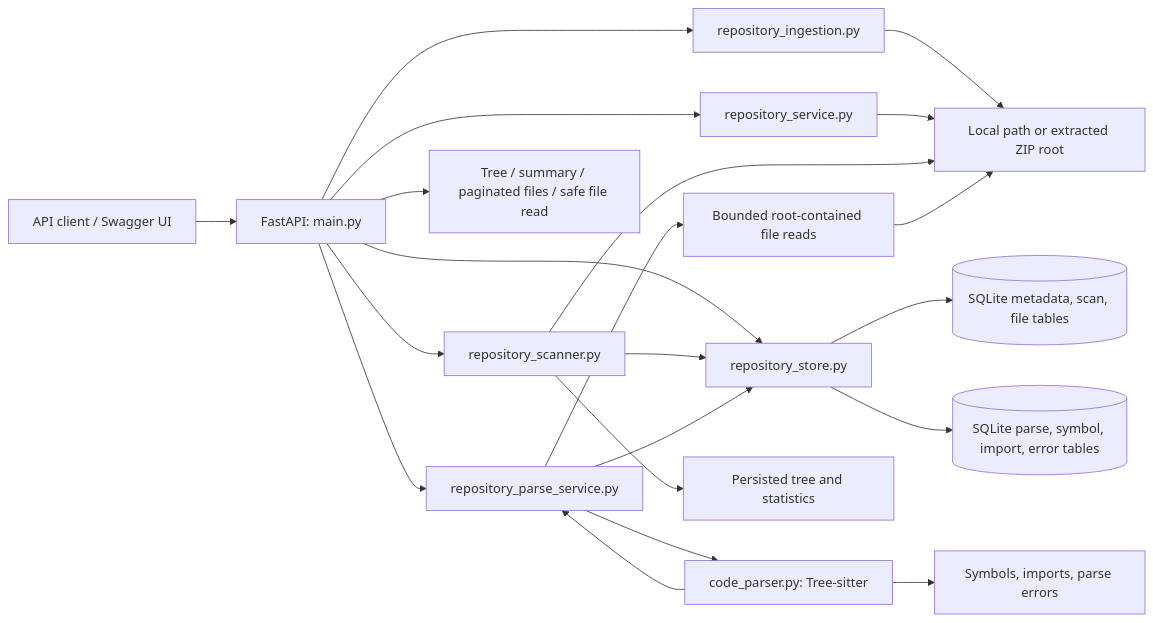
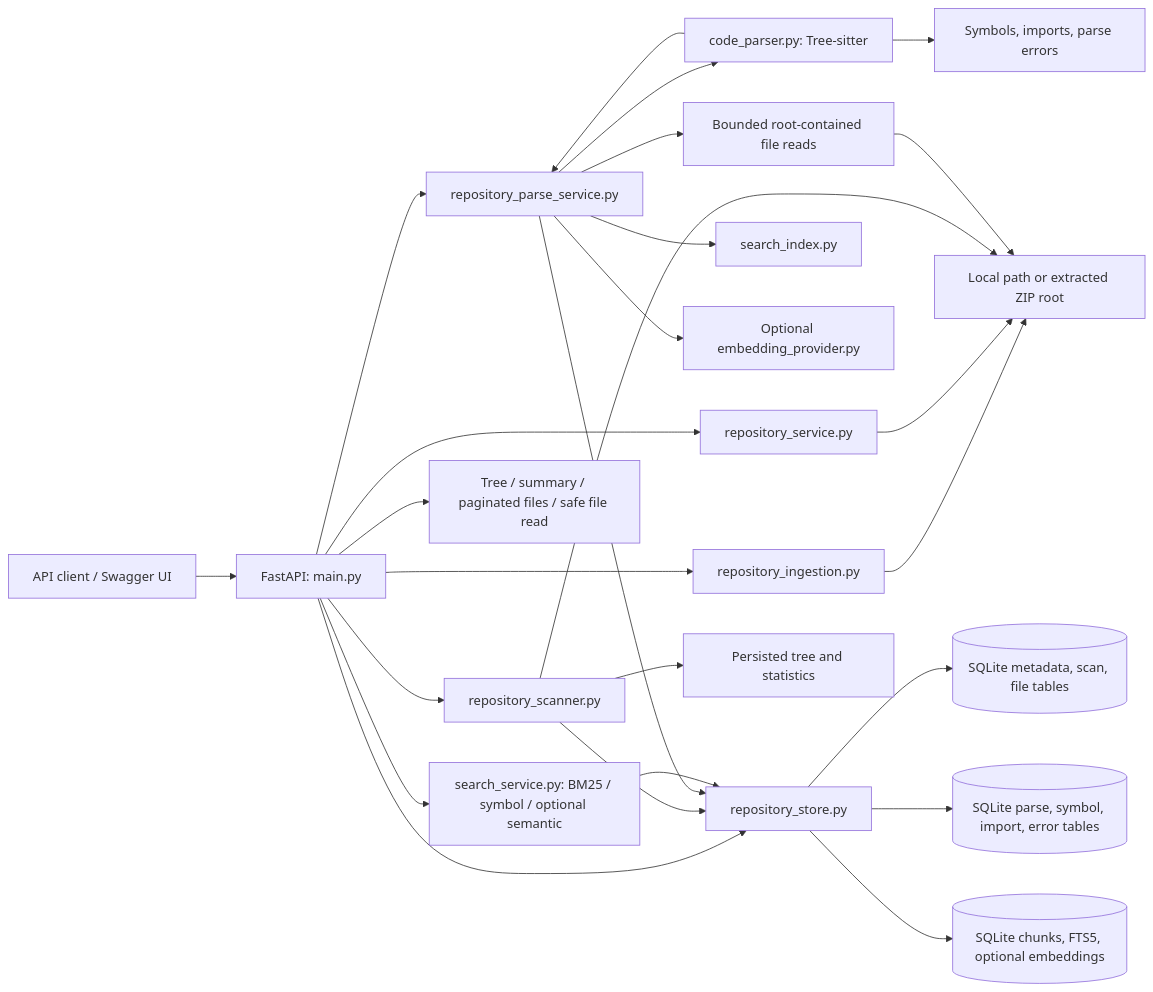
One commit to arpitvce/HFT26-TEAM-15 changed the diagram in ARCH.md. Above: the diagram before and after it, drawn with Mermaid. The commit also changed other lines of this file and 12 other files, not shown here.

Commit message:
feat(search): add hybrid retrieval with freshness validation

````diff
--- a/ARCH.md
+++ b/ARCH.md
@@ -7,23 +7,28 @@
 ```mermaid
 flowchart LR
     Client[API client / Swagger UI] --> API[FastAPI: main.py]
     API --> Ingest[repository_ingestion.py]
     API --> Scanner[repository_scanner.py]
     API --> ParseService[repository_parse_service.py]
     ParseService --> Parser[code_parser.py: Tree-sitter]
     API --> Store[repository_store.py]
+    ParseService --> Chunker[search_index.py]
+    ParseService --> Embeddings[Optional embedding_provider.py]
     API --> Git[repository_service.py]
     Ingest --> Root[Local path or extracted ZIP root]
     Git --> Root
     Scanner --> Root
     Scanner --> Store
     ParseService --> SafeRead[Bounded root-contained file reads]
     SafeRead --> Root
     Parser --> ParseService
     ParseService --> Store
     Store --> DB[(SQLite metadata, scan, file tables)]
     Store --> ParseDB[(SQLite parse, symbol, import, error tables)]
+    Store --> SearchDB[(SQLite chunks, FTS5, optional embeddings)]
     Scanner --> Tree[Persisted tree and statistics]
     Parser --> Symbols[Symbols, imports, parse errors]
     API --> Explorer[Tree / summary / paginated files / safe file read]
+    API --> Retrieval[search_service.py: BM25 / symbol / optional semantic]
+    Retrieval --> Store
 ```
````
